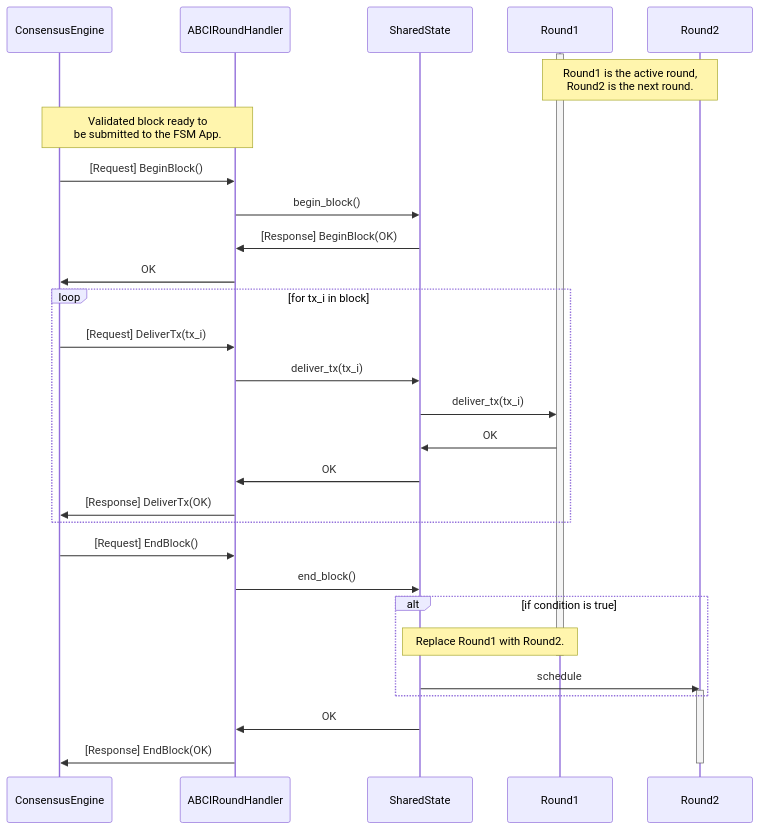
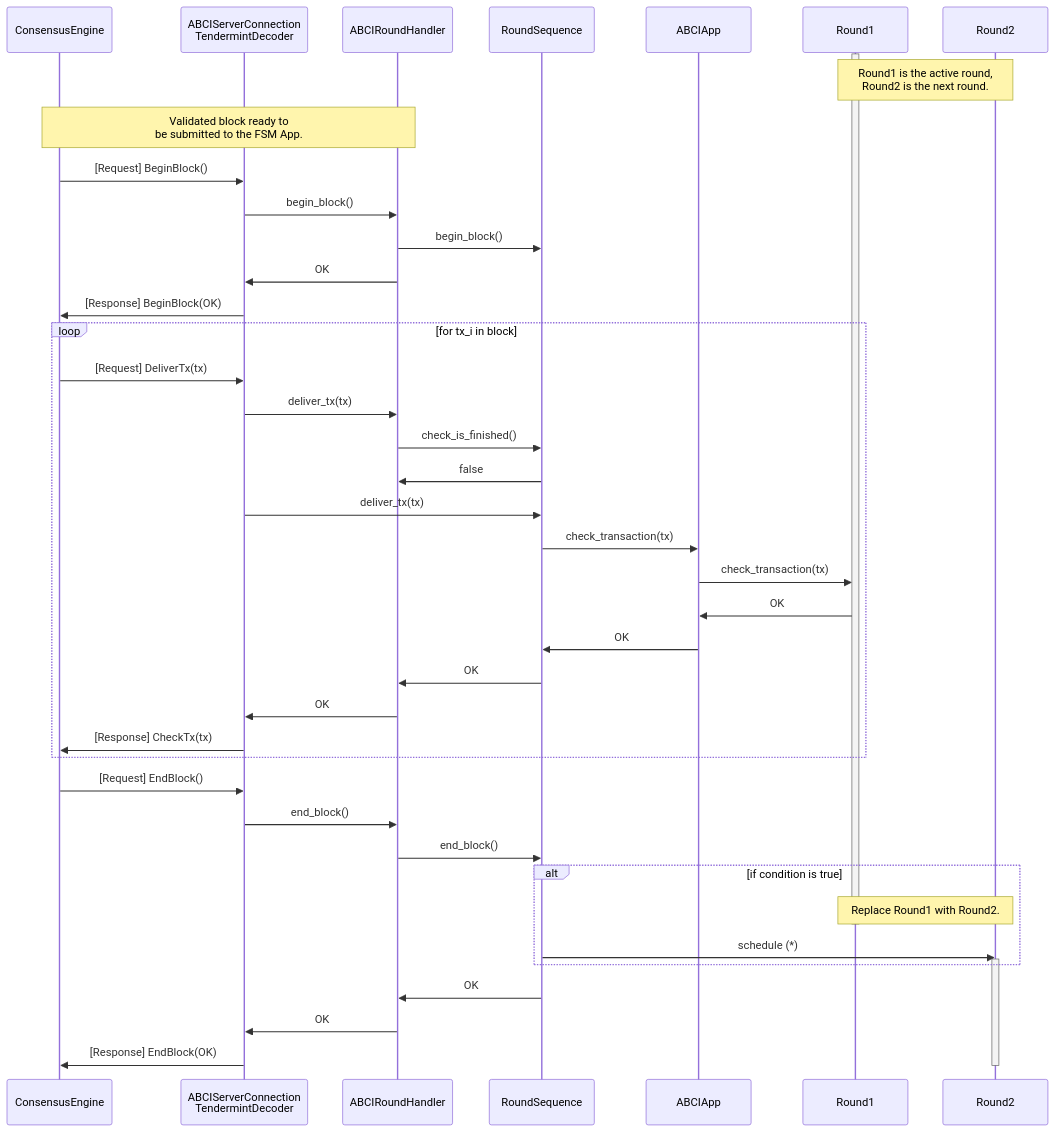
Before and after one commit to valory-xyz/open-autonomy: the third of 3 diagrams in docs/abci_app_interactions.md, drawn with Mermaid. The commit also changed other lines of this file, not shown here.

Commit message:
Updated message diagrams.

```diff
--- a/docs/abci_app_interactions.md
+++ b/docs/abci_app_interactions.md
@@ -101,34 +123,45 @@
 <div class="mermaid">
     sequenceDiagram
         participant ConsensusEngine
+        participant ABCIServerConnection as ABCIServerConnection<br/>TendermintDecoder
         participant ABCIRoundHandler
-        participant SharedState
+        participant RoundSequence
+        participant ABCIApp
         participant Round1
         participant Round2
         activate Round1
         note over Round1,Round2: Round1 is the active round,<br/>Round2 is the next round.
         note over ConsensusEngine,ABCIRoundHandler: Validated block ready to<br/>be submitted to the FSM App.
-        ConsensusEngine->>ABCIRoundHandler: [Request] BeginBlock()
-        ABCIRoundHandler->>SharedState: begin_block()
-        SharedState->>ABCIRoundHandler: [Response] BeginBlock(OK)
-        ABCIRoundHandler->>ConsensusEngine: OK
+        ConsensusEngine->>ABCIServerConnection: [Request] BeginBlock()
+        ABCIServerConnection->>ABCIRoundHandler: begin_block()        
+        ABCIRoundHandler->>RoundSequence: begin_block()
+        ABCIRoundHandler->>ABCIServerConnection: OK
+        ABCIServerConnection->>ConsensusEngine: [Response] BeginBlock(OK)
         loop for tx_i in block
-            ConsensusEngine->>ABCIRoundHandler: [Request] DeliverTx(tx_i)
-            ABCIRoundHandler->>SharedState: deliver_tx(tx_i)
-            SharedState->>Round1: deliver_tx(tx_i)
-            Round1->>SharedState: OK
-            SharedState->>ABCIRoundHandler: OK
-            ABCIRoundHandler->>ConsensusEngine: [Response] DeliverTx(OK)
+          ConsensusEngine->>ABCIServerConnection: [Request] DeliverTx(tx)
+          ABCIServerConnection->>ABCIRoundHandler: deliver_tx(tx)
+          ABCIRoundHandler->>RoundSequence: check_is_finished()
+          RoundSequence->>ABCIRoundHandler: false
+          ABCIServerConnection->>RoundSequence: deliver_tx(tx)
+          RoundSequence->>ABCIApp: check_transaction(tx)             
+          ABCIApp->>Round1: check_transaction(tx)                
+          Round1->>ABCIApp: OK
+          ABCIApp->>RoundSequence: OK
+          RoundSequence->>ABCIRoundHandler: OK        
+          ABCIRoundHandler->>ABCIServerConnection: OK
+          ABCIServerConnection->>ConsensusEngine: [Response] CheckTx(tx)   
         end
-        ConsensusEngine->>ABCIRoundHandler: [Request] EndBlock()
-        ABCIRoundHandler->>SharedState: end_block()
+        ConsensusEngine->>ABCIServerConnection: [Request] EndBlock()
+        ABCIServerConnection->>ABCIRoundHandler: end_block()
+        ABCIRoundHandler->>RoundSequence: end_block()
         alt if condition is true
-            note over SharedState,Round1: Replace Round1 with Round2.
+            note over Round1, Round2: Replace Round1 with Round2.
             deactivate Round1
-            SharedState->>Round2: schedule
+            RoundSequence->>Round2: schedule (*)
             activate Round2
         end
-        SharedState->>ABCIRoundHandler: OK
-        ABCIRoundHandler->>ConsensusEngine: [Response] EndBlock(OK)
+        RoundSequence->>ABCIRoundHandler: OK
+        ABCIRoundHandler->>ABCIServerConnection: OK
+        ABCIServerConnection->>ConsensusEngine: [Response] EndBlock(OK)
         deactivate Round2
 </div>
```
